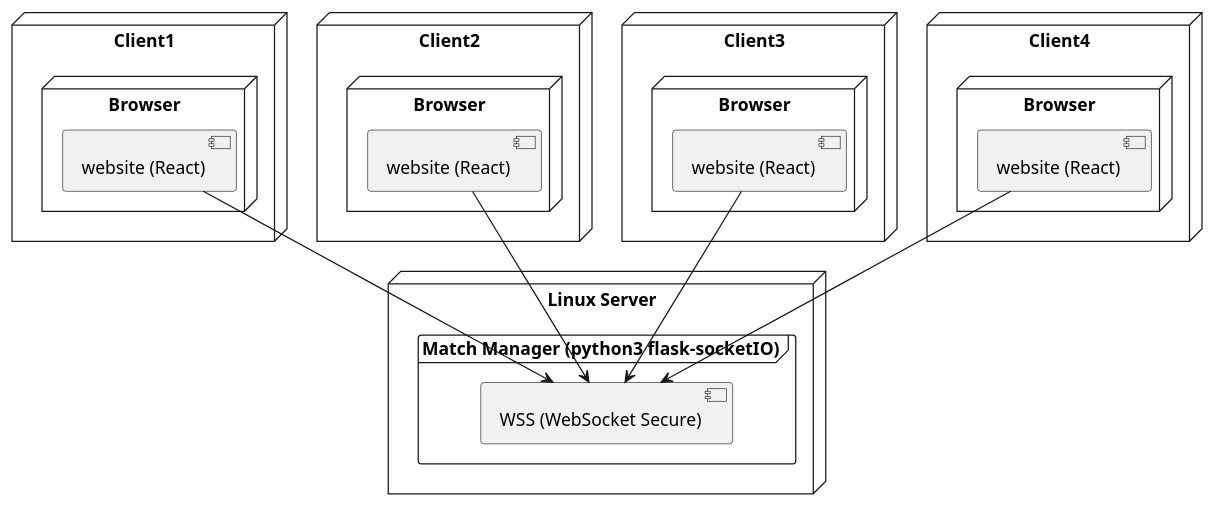
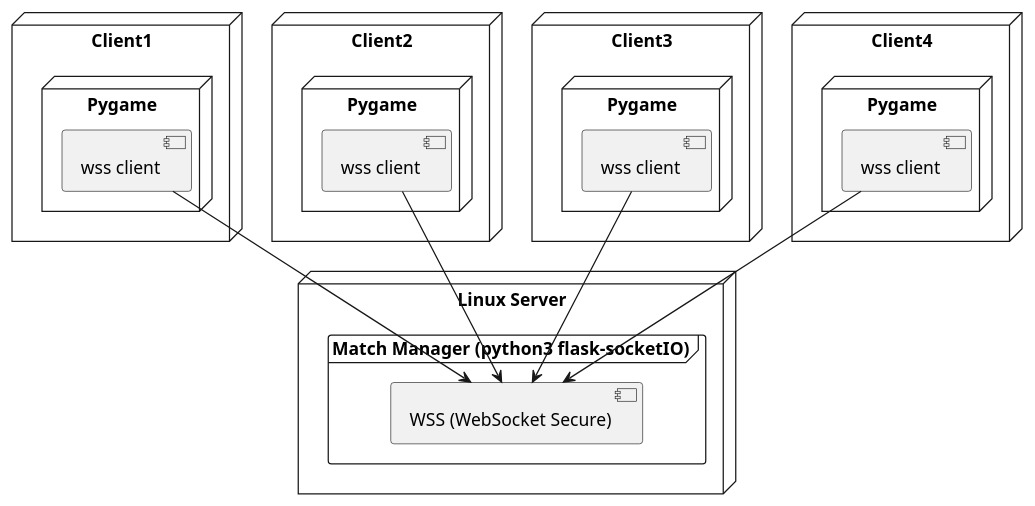
The diagram in 2_notes/plantuml/2024-10-22_plantuml_networkdiagram.md (ris8z/2brain), drawn with PlantUML before and after one commit. The commit also changed 1 other file, not shown here.

Commit message:
automatic updating of vault: Thu Nov 21 04:12:25 PM GMT 2024

````diff
--- a/2_notes/plantuml/2024-10-22_plantuml_networkdiagram.md
+++ b/2_notes/plantuml/2024-10-22_plantuml_networkdiagram.md
@@ -8,42 +8,42 @@
 ```plantuml
 @startuml
 
 node "Linux Server" {
     frame "Match Manager (python3 flask-socketIO)" {
         component "WSS (WebSocket Secure)" as WSS
     }
 }
 
 node Client1 {
-    node "Browser" as c1 {
-        component "website (React)" as WB1
+    node "Pygame" as c1 {
+        component "wss client" as WB1
     }
 }
 
 node Client2 {
-    node "Browser" as c2 {
-        component "website (React)" as WB2
+    node "Pygame" as c2 {
+        component "wss client" as WB2
     }
 }
 
 node Client3 {
-    node "Browser" as c3 {
-        component "website (React)" as WB3
+    node "Pygame" as c3 {
+        component "wss client" as WB3
     }
 }
 
 node Client4 {
-    node "Browser" as c4 {
-        component "website (React)" as WB4
+    node "Pygame" as c4 {
+        component "wss client" as WB4
     }
 }
 
 
 
 WB1 --> WSS 
 WB2 --> WSS 
 WB3 --> WSS 
 WB4 --> WSS 
 
 @enduml
 ```
````
